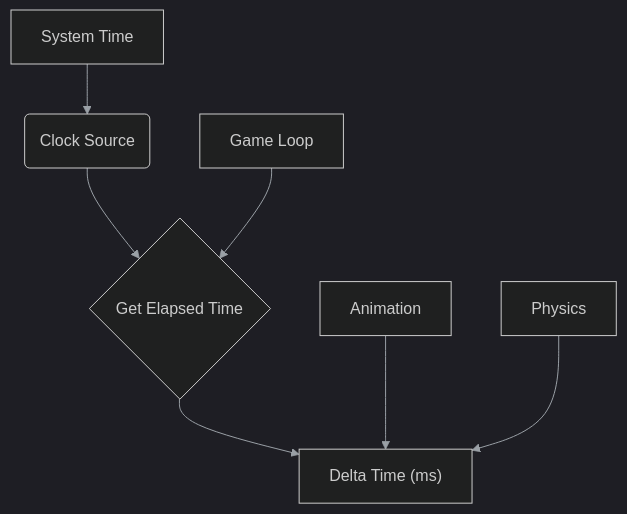
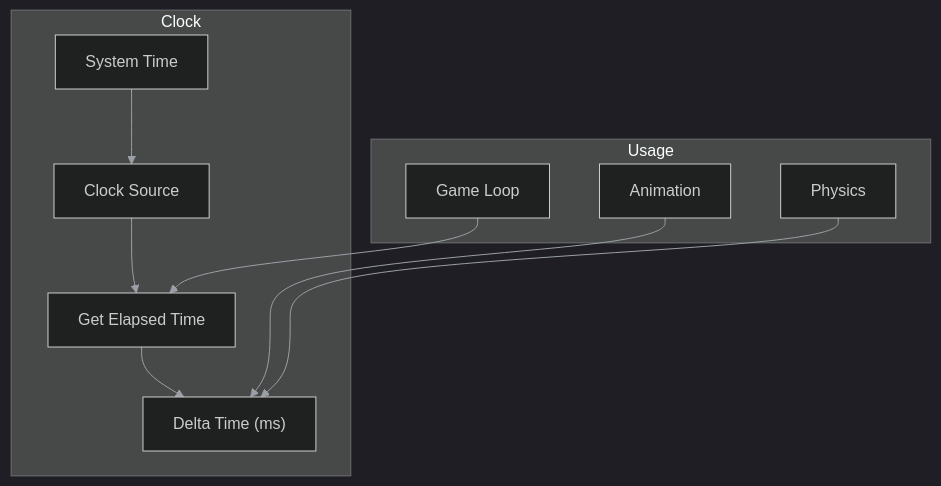
The diagram in docs/authoring/qa/clock.mmd (lukaszj321/otcv8-dev), drawn with Mermaid before and after one commit.

Commit message:
Refactor clock.mmd to include subgraphs
Added subgraphs for Clock and Usage sections.

```diff
--- a/docs/authoring/qa/clock.mmd
+++ b/docs/authoring/qa/clock.mmd
@@ -1,9 +1,17 @@
-%%{init: {"theme":"dark","themeVariables":{"primaryTextColor":"#ddd","lineColor":"#9aa0a6"}}}%%
+%%{init: {'theme':'dark','themeVariables':{'primaryTextColor':'#ddd','lineColor':'#9aa0a6'}}}%%
 graph TD
-  A[System Time] --> B(Clock Source)
-  B --> C{Get Elapsed Time}
-  C --> D["Delta Time (ms)"]
+  subgraph Clock
+    A[System Time] --> B[Clock Source]
+    B --> C[Get Elapsed Time]
+    C --> D["Delta Time (ms)"]
+  end
 
-  E[Game Loop] --> C
-  F[Animation] --> D
-  G[Physics] --> D
+  subgraph Usage
+    E[Game Loop]
+    F[Animation]
+    G[Physics]
+  end
+
+  E --> C
+  F --> D
+  G --> D
```
